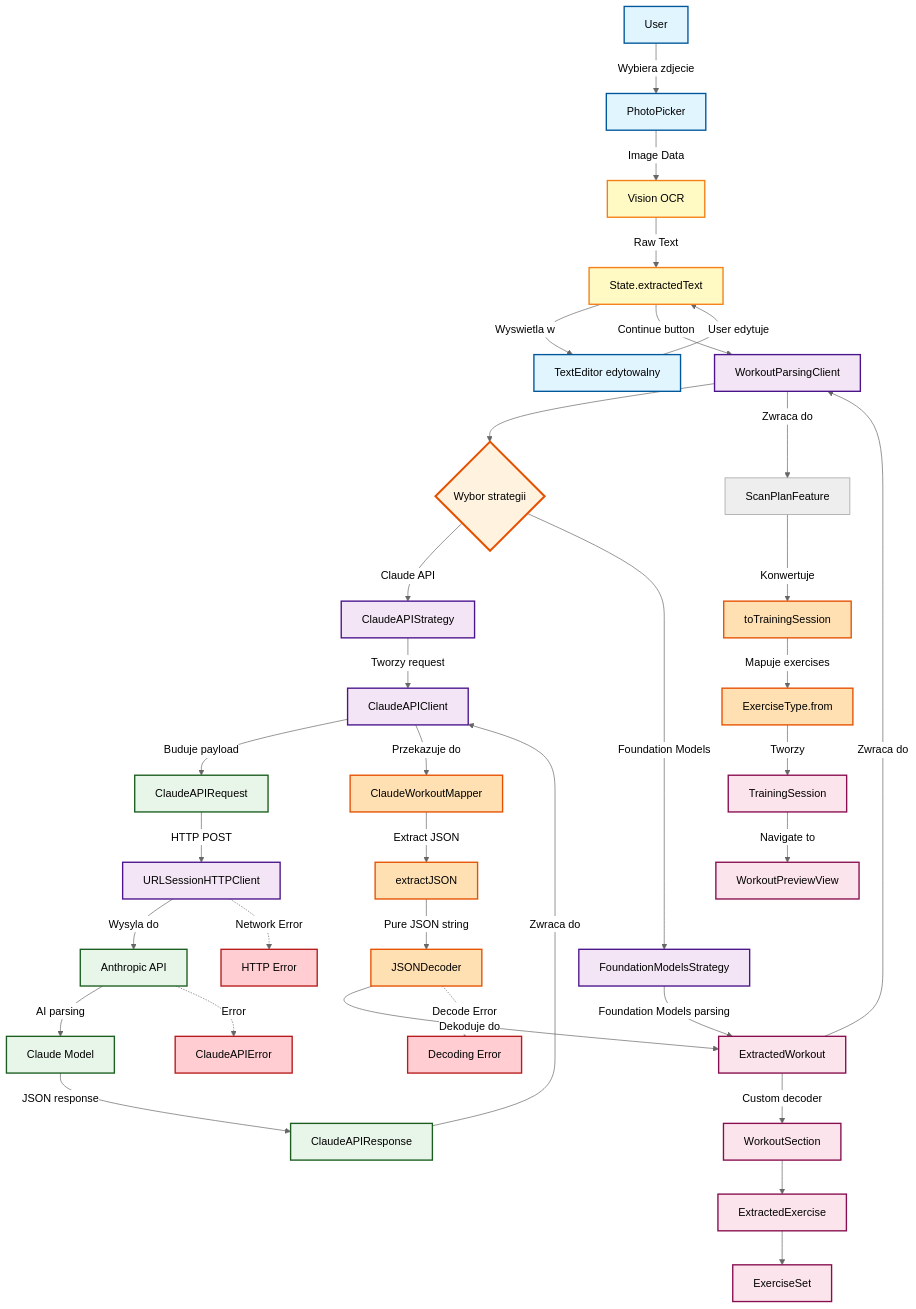
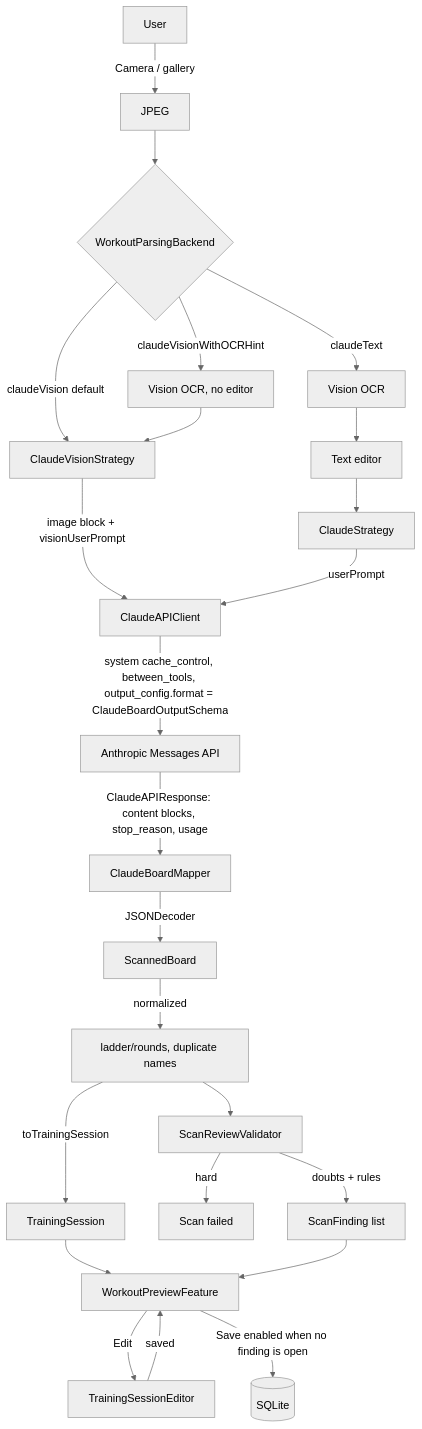
Before and after one commit to SebaKrk/StepTrackerTCA: the diagram in HealthHub/Sources/HealthHub/Service/WorkoutParsingService/ClaudeAPI/CLAUDE_API_FLOW.md, drawn with Mermaid (neutral theme). The commit also changed other lines of this file and 7 other files, not shown here.

First line of the commit message:
IOS-00161 Plan scan — remove the schema v1 DTO

````diff
--- a/HealthHub/Sources/HealthHub/Service/WorkoutParsingService/ClaudeAPI/CLAUDE_API_FLOW.md
+++ b/HealthHub/Sources/HealthHub/Service/WorkoutParsingService/ClaudeAPI/CLAUDE_API_FLOW.md
@@ -3,69 +3,25 @@
 ```mermaid
 graph TD
-    User[User] -->|Wybiera zdjecie| PhotoPicker[PhotoPicker]
-    PhotoPicker -->|Image Data| OCR[Vision OCR]
+    User[User] -->|Camera / gallery| Photo[JPEG]
+    Photo --> Backend{WorkoutParsingBackend}
 
-    OCR -->|Raw Text| StateText[State.extractedText]
-    StateText -->|Wyswietla w| TextEditor[TextEditor edytowalny]
+    Backend -->|claudeVision default| Vision[ClaudeVisionStrategy]
+    Backend -->|claudeText| OCR[Vision OCR] --> TextEdit[Text editor] --> Text[ClaudeStrategy]
+    Backend -->|claudeVisionWithOCRHint| OCR2[Vision OCR, no editor] --> Vision
 
-    TextEditor -->|User edytuje| StateText
-    StateText -->|Continue button| ParsingClient[WorkoutParsingClient]
+    Vision -->|image block + visionUserPrompt| Client[ClaudeAPIClient]
+    Text -->|userPrompt| Client
+    Client -->|system cache_control, between_tools, output_config.format = ClaudeBoardOutputSchema| API[Anthropic Messages API]
+    API -->|ClaudeAPIResponse: content blocks, stop_reason, usage| Mapper[ClaudeBoardMapper]
+    Mapper -->|JSONDecoder| Board[ScannedBoard]
 
-    ParsingClient --> StrategyDecision{Wybor strategii}
-    StrategyDecision -->|Claude API| ClaudeStrategy[ClaudeAPIStrategy]
-    StrategyDecision -->|Foundation Models| FMStrategy[FoundationModelsStrategy]
-
-    ClaudeStrategy -->|Tworzy request| APIClient[ClaudeAPIClient]
-    APIClient -->|Buduje payload| Request[ClaudeAPIRequest]
-
-    Request -->|HTTP POST| HTTPClient[URLSessionHTTPClient]
-    HTTPClient -->|Wysyla do| AnthropicAPI[Anthropic API]
-
-    AnthropicAPI -->|AI parsing| Claude[Claude Model]
-    Claude -->|JSON response| APIResponse[ClaudeAPIResponse]
-
-    APIResponse -->|Zwraca do| APIClient
-    APIClient -->|Przekazuje do| Mapper[ClaudeWorkoutMapper]
-
-    Mapper -->|Extract JSON| JSONExtractor[extractJSON]
-    JSONExtractor -->|Pure JSON string| Decoder[JSONDecoder]
-
-    Decoder -->|Dekoduje do| ExtractedWorkout[ExtractedWorkout]
-
-    FMStrategy -->|Foundation Models parsing| ExtractedWorkout
-
-    ExtractedWorkout -->|Custom decoder| WorkoutSection[WorkoutSection]
-    WorkoutSection --> ExtractedExercise[ExtractedExercise]
-    ExtractedExercise --> ExerciseSet[ExerciseSet]
-
-    ExtractedWorkout -->|Zwraca do| ParsingClient
-    ParsingClient -->|Zwraca do| Feature[ScanPlanFeature]
-
-    Feature -->|Konwertuje| DomainMapper[toTrainingSession]
-    DomainMapper -->|Mapuje exercises| ExerciseMapper[ExerciseType.from]
-
-    ExerciseMapper -->|Tworzy| TrainingSession[TrainingSession]
-    TrainingSession -->|Navigate to| Preview[WorkoutPreviewView]
-
-    AnthropicAPI -.->|Error| APIError[ClaudeAPIError]
-    HTTPClient -.->|Network Error| HTTPError[HTTP Error]
-    Decoder -.->|Decode Error| DecodeError[Decoding Error]
-
-    classDef userLayer fill:#e1f5ff,stroke:#01579b,stroke-width:2px
-    classDef stateLayer fill:#fff9c4,stroke:#f57f17,stroke-width:2px
-    classDef clientLayer fill:#f3e5f5,stroke:#4a148c,stroke-width:2px
-    classDef apiLayer fill:#e8f5e9,stroke:#1b5e20,stroke-width:2px
-    classDef mapperLayer fill:#ffe0b2,stroke:#e65100,stroke-width:2px
-    classDef modelLayer fill:#fce4ec,stroke:#880e4f,stroke-width:2px
-    classDef errorLayer fill:#ffcdd2,stroke:#b71c1c,stroke-width:2px
-    classDef decisionLayer fill:#fff3e0,stroke:#e65100,stroke-width:3px
-
-    class User,PhotoPicker,TextEditor userLayer
-    class StateText,OCR stateLayer
-    class ParsingClient,ClaudeStrategy,FMStrategy,APIClient,HTTPClient clientLayer
-    class AnthropicAPI,Claude,Request,APIResponse apiLayer
-    class Mapper,JSONExtractor,Decoder,DomainMapper,ExerciseMapper mapperLayer
-    class ExtractedWorkout,WorkoutSection,ExtractedExercise,ExerciseSet,TrainingSession,Preview modelLayer
-    class APIError,HTTPError,DecodeError errorLayer
-    class StrategyDecision decisionLayer
+    Board -->|normalized| Norm[ladder/rounds, duplicate names]
+    Norm -->|toTrainingSession| Plan[TrainingSession]
+    Norm --> Validator[ScanReviewValidator]
+    Validator -->|hard| Failed[Scan failed]
+    Validator -->|doubts + rules| Findings[ScanFinding list]
+    Plan --> Preview[WorkoutPreviewFeature]
+    Findings --> Preview
+    Preview -->|Edit| Editor[TrainingSessionEditor] -->|saved| Preview
+    Preview -->|Save enabled when no finding is open| DB[(SQLite)]
 ```
````
